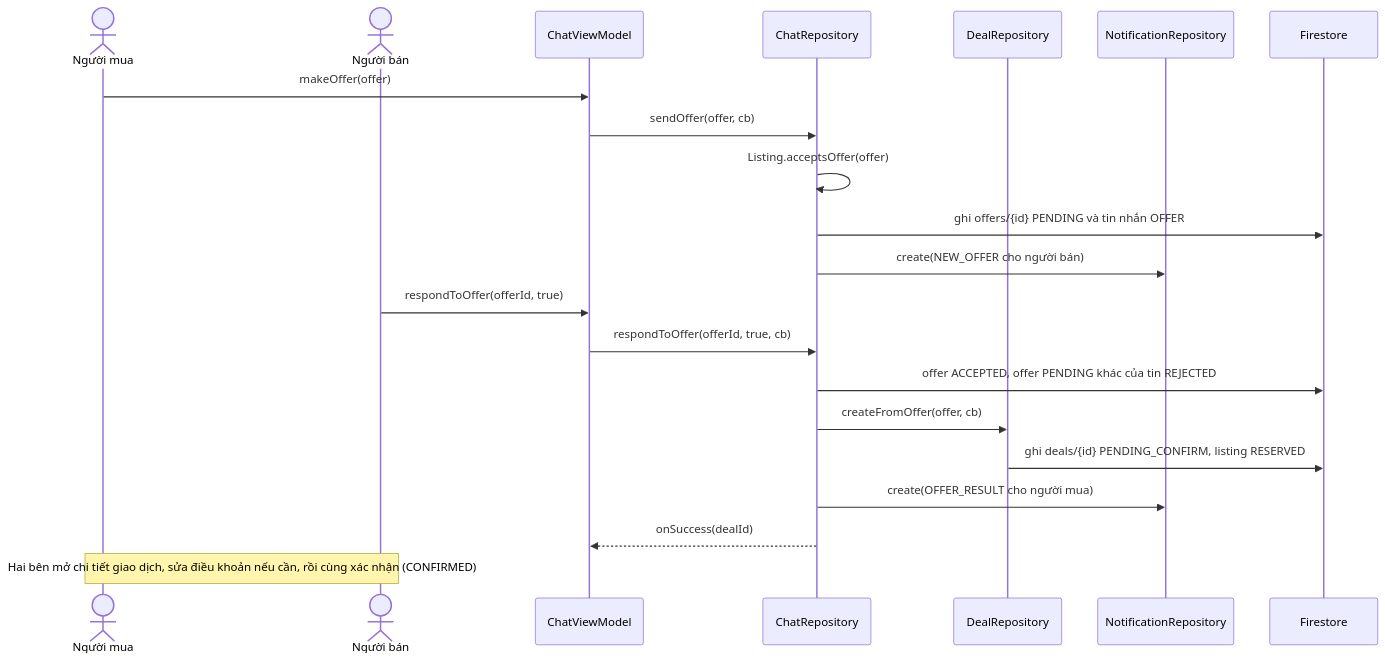
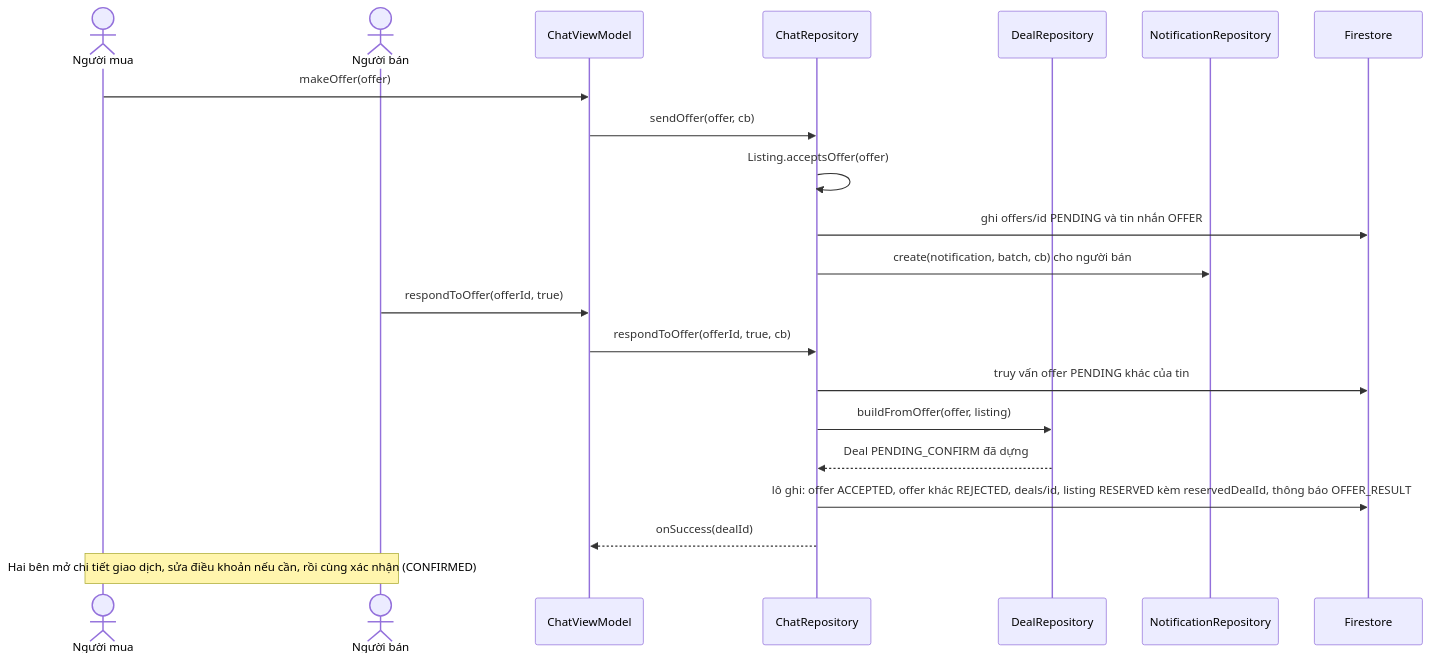
Before and after one commit to tahpnart8/NHOM3-MobileApp: the fourth of 7 diagrams in workflow/docs/architecture/luong-xu-ly.md, drawn with Mermaid. The commit also changed other lines of this file and 190 other files, not shown here.

````diff
--- a/workflow/docs/architecture/luong-xu-ly.md
+++ b/workflow/docs/architecture/luong-xu-ly.md
@@ -116,23 +139,23 @@
 ```mermaid
 sequenceDiagram
     actor B as Người mua
     actor S as Người bán
     participant CVM as ChatViewModel
     participant CR as ChatRepository
     participant DR as DealRepository
     participant NR as NotificationRepository
     participant FS as Firestore
     B->>CVM: makeOffer(offer)
     CVM->>CR: sendOffer(offer, cb)
     CR->>CR: Listing.acceptsOffer(offer)
-    CR->>FS: ghi offers/{id} PENDING và tin nhắn OFFER
-    CR->>NR: create(NEW_OFFER cho người bán)
+    CR->>FS: ghi offers/id PENDING và tin nhắn OFFER
+    CR->>NR: create(notification, batch, cb) cho người bán
     S->>CVM: respondToOffer(offerId, true)
     CVM->>CR: respondToOffer(offerId, true, cb)
-    CR->>FS: offer ACCEPTED, offer PENDING khác của tin REJECTED
-    CR->>DR: createFromOffer(offer, cb)
-    DR->>FS: ghi deals/{id} PENDING_CONFIRM, listing RESERVED
-    CR->>NR: create(OFFER_RESULT cho người mua)
+    CR->>FS: truy vấn offer PENDING khác của tin
+    CR->>DR: buildFromOffer(offer, listing)
+    DR-->>CR: Deal PENDING_CONFIRM đã dựng
+    CR->>FS: lô ghi: offer ACCEPTED, offer khác REJECTED, deals/id, listing RESERVED kèm reservedDealId, thông báo OFFER_RESULT
     CR-->>CVM: onSuccess(dealId)
     Note over B,S: Hai bên mở chi tiết giao dịch, sửa điều khoản nếu cần, rồi cùng xác nhận (CONFIRMED)
 ```
````
